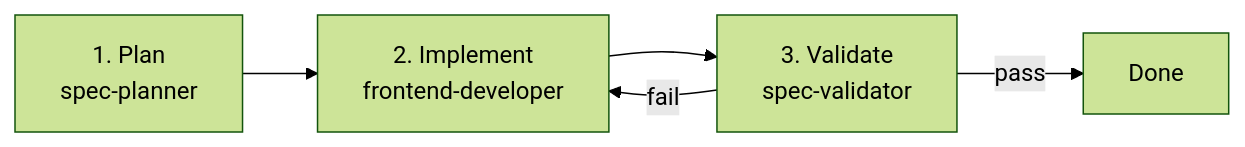
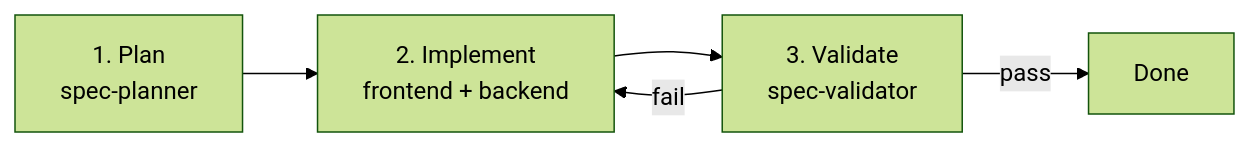
One commit to tovrleaf/openkata changed the first of 4 diagrams in docs/agent-workflow.md. Above: the diagram before and after it, drawn with Mermaid (forest theme). The commit also changed other lines of this file, not shown here.

Commit message:
docs: add parallel implementation and backend agent to workflow

````diff
--- a/docs/agent-workflow.md
+++ b/docs/agent-workflow.md
@@ -5,7 +5,7 @@
 ```mermaid
 flowchart LR
-    Plan["1. Plan<br/>spec-planner"] --> Implement["2. Implement<br/>frontend-developer"]
+    Plan["1. Plan<br/>spec-planner"] --> Implement["2. Implement<br/>frontend + backend"]
     Implement --> Validate["3. Validate<br/>spec-validator"]
     Validate -->|pass| Done["Done"]
     Validate -->|fail| Implement
 ```
````
